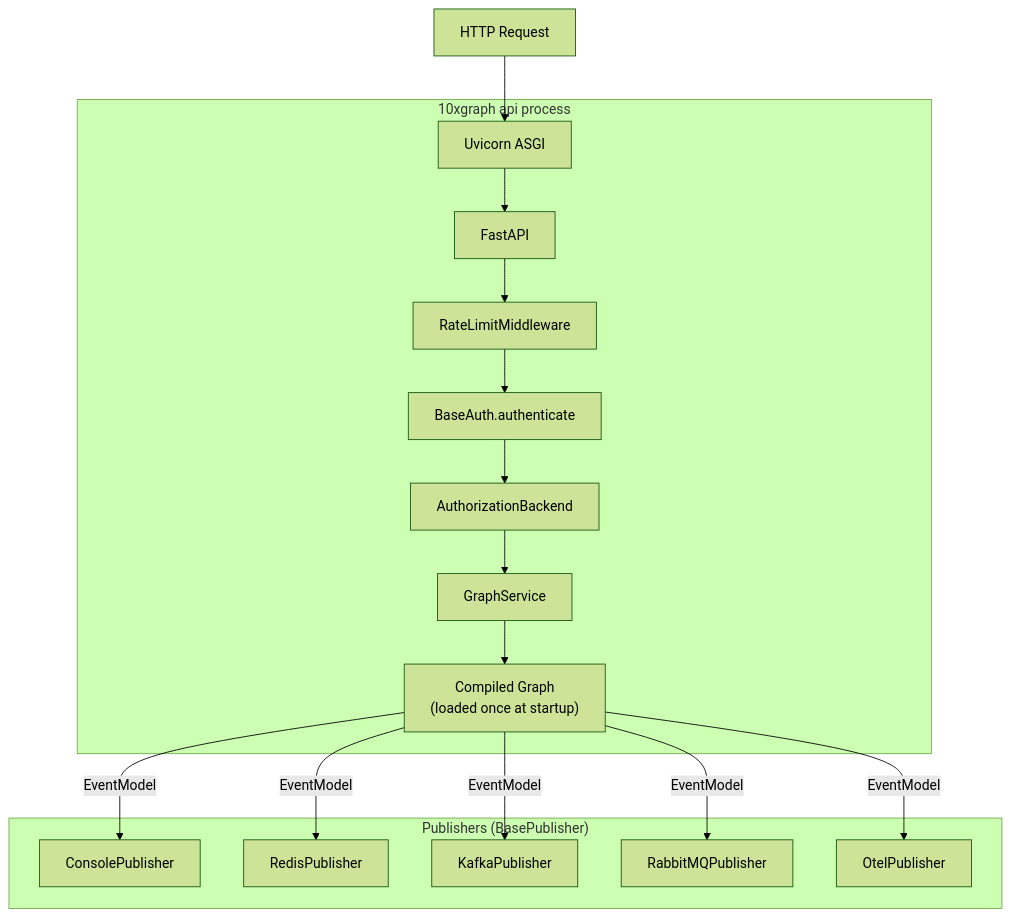
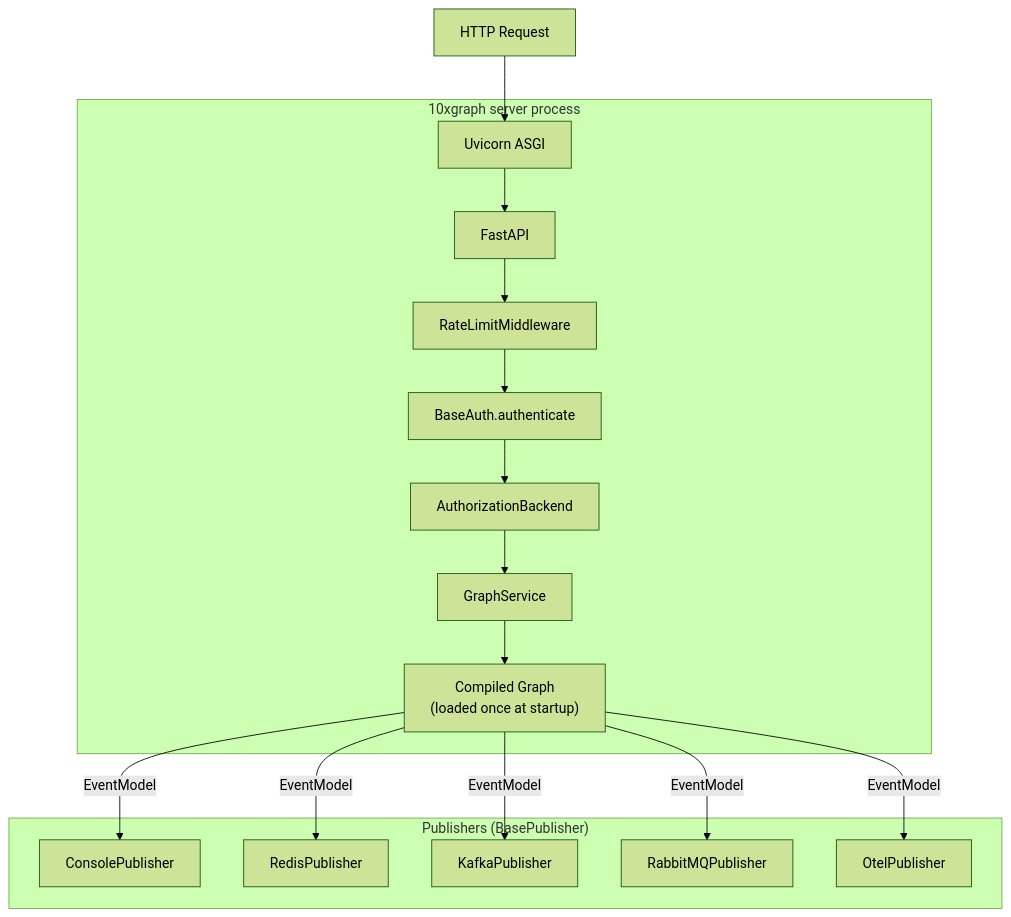
Before and after one commit to 10xGraph/10xgraph-docs: the diagram in src/content/docs/concepts/serving-agents.md, drawn with Mermaid (forest theme). The commit also changed other lines of this file and 176 other files, not shown here.

````diff
--- a/src/content/docs/concepts/serving-agents.md
+++ b/src/content/docs/concepts/serving-agents.md
@@ -15,21 +15,21 @@
 ```mermaid
 flowchart TB
-  subgraph "10xgraph api process"
+  subgraph "10xgraph server process"
     UV[Uvicorn ASGI]
     FA[FastAPI]
     RATE[RateLimitMiddleware]
     AUTH[BaseAuth.authenticate]
     AUTHZ[AuthorizationBackend]
     SVC[GraphService]
     GRAPH["Compiled Graph\n(loaded once at startup)"]
   end
   subgraph "Publishers  (BasePublisher)"
     PUB_C[ConsolePublisher]
     PUB_R[RedisPublisher]
     PUB_K[KafkaPublisher]
     PUB_Q[RabbitMQPublisher]
     PUB_O[OtelPublisher]
   end
   REQ[HTTP Request] --> UV --> FA --> RATE --> AUTH --> AUTHZ --> SVC --> GRAPH
   GRAPH -->|EventModel| PUB_C & PUB_R & PUB_K & PUB_Q & PUB_O
 ```
````
